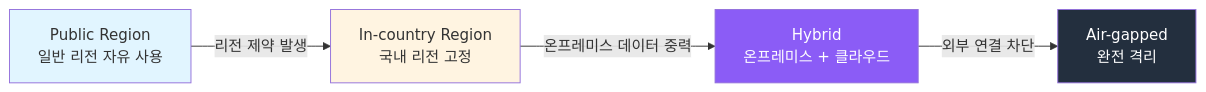
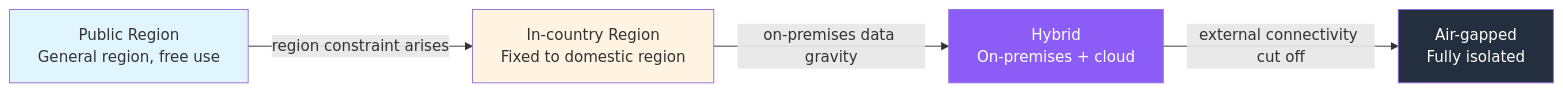
The first of 4 diagrams in docs/agentic-ai-platform/design-architecture/platform-selection/sovereign-hybrid-deployment.md (devfloor9/engineering-playbook), drawn with Mermaid before and after one commit. The commit also changed other lines of this file and 954 other files, not shown here.

````diff
--- a/docs/agentic-ai-platform/design-architecture/platform-selection/sovereign-hybrid-deployment.md
+++ b/docs/agentic-ai-platform/design-architecture/platform-selection/sovereign-hybrid-deployment.md
@@ -43,16 +43,16 @@
 ```mermaid
 flowchart LR
-    PUBLIC["Public Region<br/>일반 리전 자유 사용"]
-    INCOUNTRY["In-country Region<br/>국내 리전 고정"]
-    HYBRID["Hybrid<br/>온프레미스 + 클라우드"]
-    AIRGAP["Air-gapped<br/>완전 격리"]
+    PUBLIC["Public Region<br/>General region, free use"]
+    INCOUNTRY["In-country Region<br/>Fixed to domestic region"]
+    HYBRID["Hybrid<br/>On-premises + cloud"]
+    AIRGAP["Air-gapped<br/>Fully isolated"]
 
-    PUBLIC -->|"리전 제약 발생"| INCOUNTRY
-    INCOUNTRY -->|"온프레미스 데이터 중력"| HYBRID
-    HYBRID -->|"외부 연결 차단"| AIRGAP
+    PUBLIC -->|"region constraint arises"| INCOUNTRY
+    INCOUNTRY -->|"on-premises data gravity"| HYBRID
+    HYBRID -->|"external connectivity cut off"| AIRGAP
 
     style PUBLIC fill:#e1f5ff
     style INCOUNTRY fill:#fff4e1
     style HYBRID fill:#8b5cf6,color:#fff
     style AIRGAP fill:#232f3e,color:#fff
 ```
````
